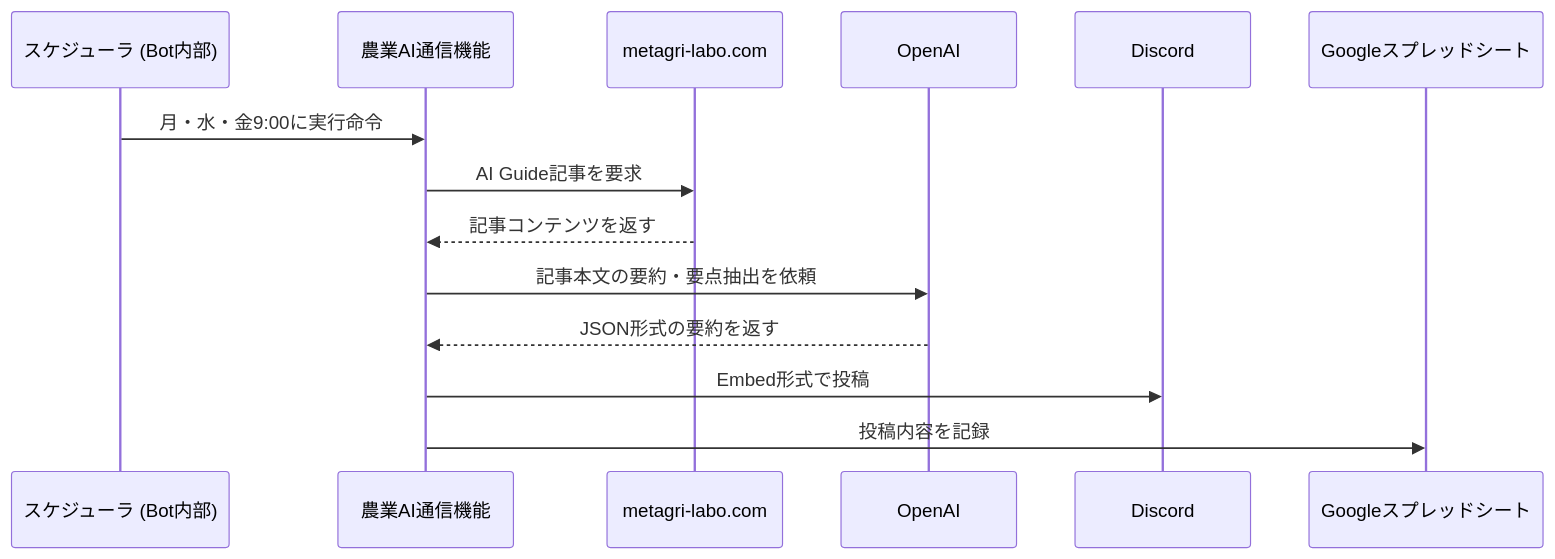
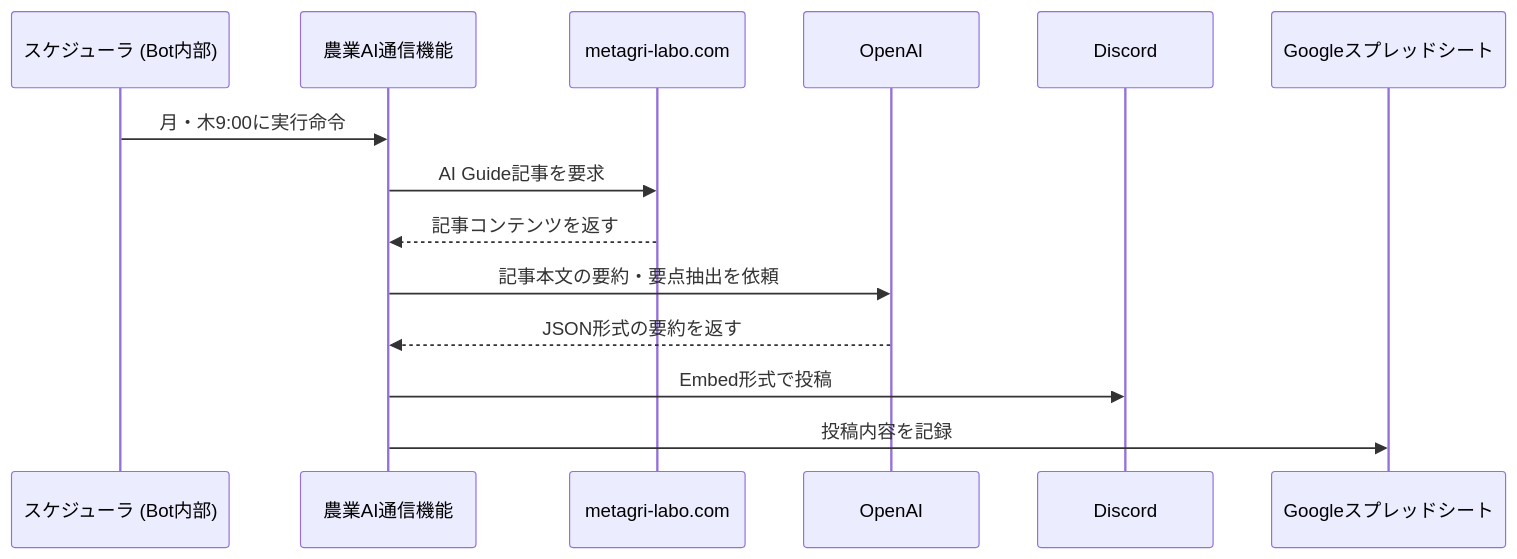
Before and after one commit to Metagri-Bot/daily-news-bot: the sixth of 9 diagrams in README.md, drawn with Mermaid. The commit also changed other lines of this file and 5 other files, not shown here.

````diff
--- a/README.md
+++ b/README.md
@@ -190,17 +190,17 @@
 ```mermaid
 sequenceDiagram
     participant Scheduler as スケジューラ (Bot内部)
     participant AIGuideTask as 農業AI通信機能
     participant MetagriSite as metagri-labo.com
     participant OpenAI
     participant Discord
     participant GoogleSheets as Googleスプレッドシート
 
-    Scheduler->>AIGuideTask: 月・水・金9:00に実行命令
+    Scheduler->>AIGuideTask: 月・木9:00に実行命令
     AIGuideTask->>MetagriSite: AI Guide記事を要求
     MetagriSite-->>AIGuideTask: 記事コンテンツを返す
     AIGuideTask->>OpenAI: 記事本文の要約・要点抽出を依頼
     OpenAI-->>AIGuideTask: JSON形式の要約を返す
     AIGuideTask->>Discord: Embed形式で投稿
     AIGuideTask->>GoogleSheets: 投稿内容を記録
 ```
````
